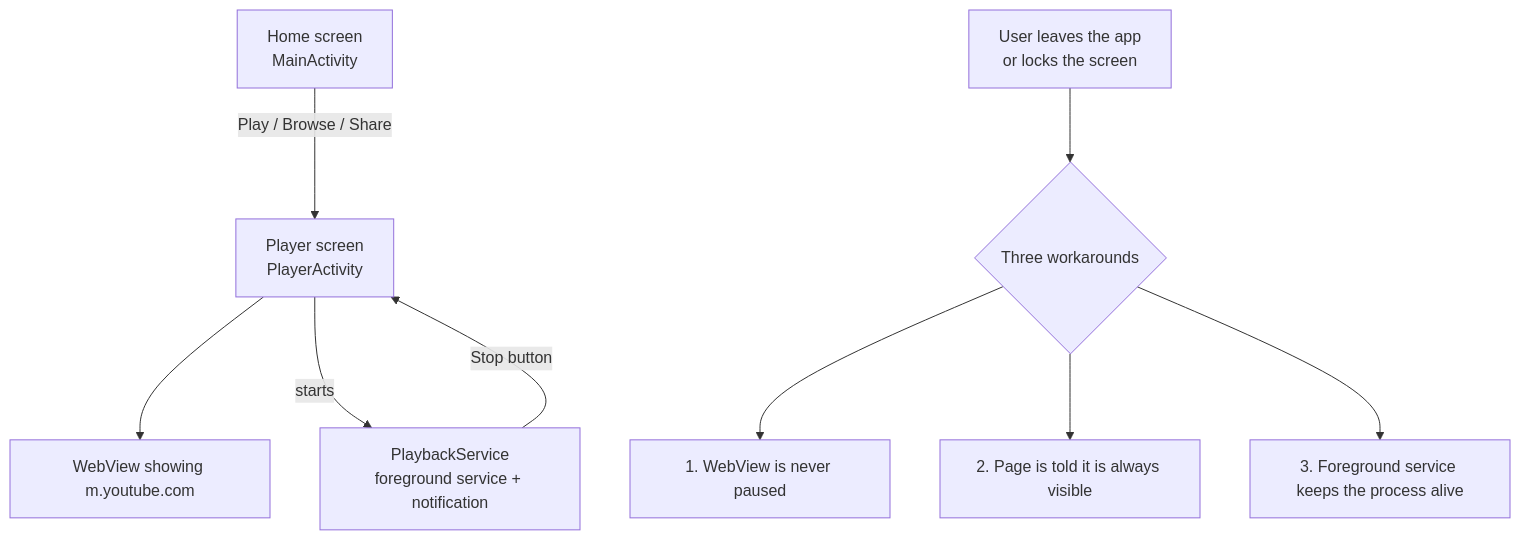
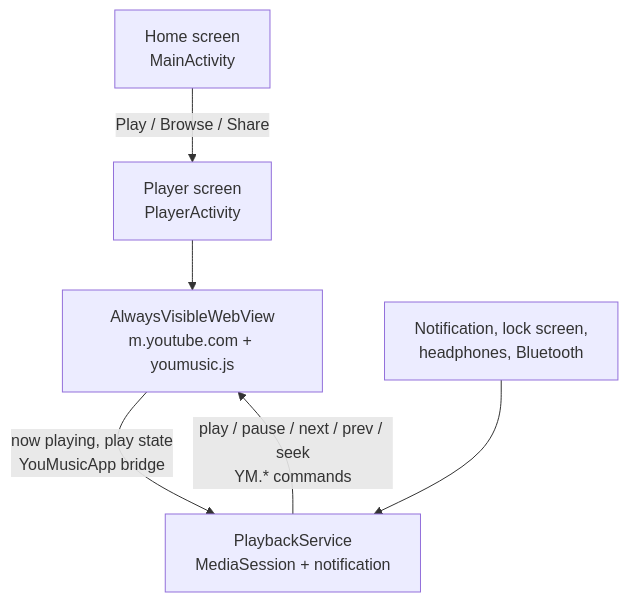
Before and after one commit to billyke2000s/Youmusic: the diagram in DEVELOPMENT.md, drawn with Mermaid. The commit also changed other lines of this file and 2 other files, not shown here.

First line of the commit message:
Document background playback fix and media controls

````diff
--- a/DEVELOPMENT.md
+++ b/DEVELOPMENT.md
@@ -16,11 +17,8 @@
 ```mermaid
 flowchart TD
     A[Home screen<br/>MainActivity] -->|Play / Browse / Share| B[Player screen<br/>PlayerActivity]
-    B --> C[WebView showing m.youtube.com]
-    B -->|starts| D[PlaybackService<br/>foreground service + notification]
-    D -->|Stop button| B
-    E[User leaves the app<br/>or locks the screen] --> F{Three workarounds}
-    F --> G[1. WebView is never paused]
-    F --> H[2. Page is told it is always visible]
-    F --> I[3. Foreground service keeps the process alive]
+    B --> C[AlwaysVisibleWebView<br/>m.youtube.com + youmusic.js]
+    C -->|now playing, play state<br/>YouMusicApp bridge| D[PlaybackService<br/>MediaSession + notification]
+    D -->|play / pause / next / prev / seek<br/>YM.* commands| C
+    E[Notification, lock screen,<br/>headphones, Bluetooth] --> D
 ```
````
